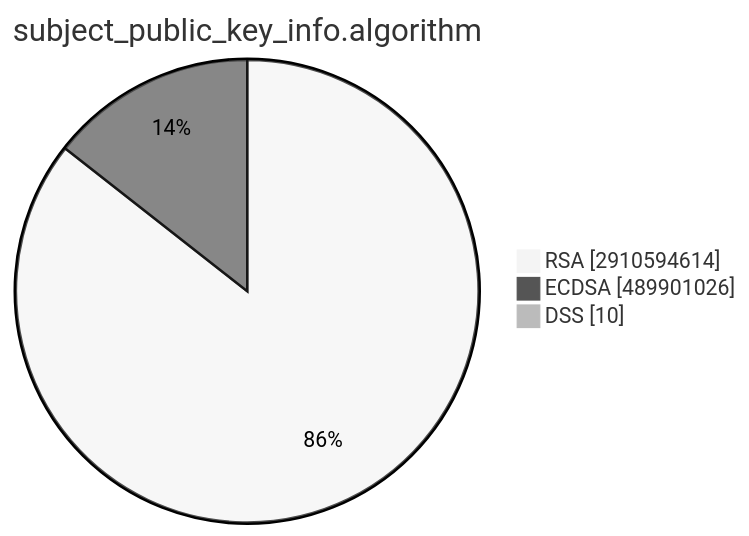
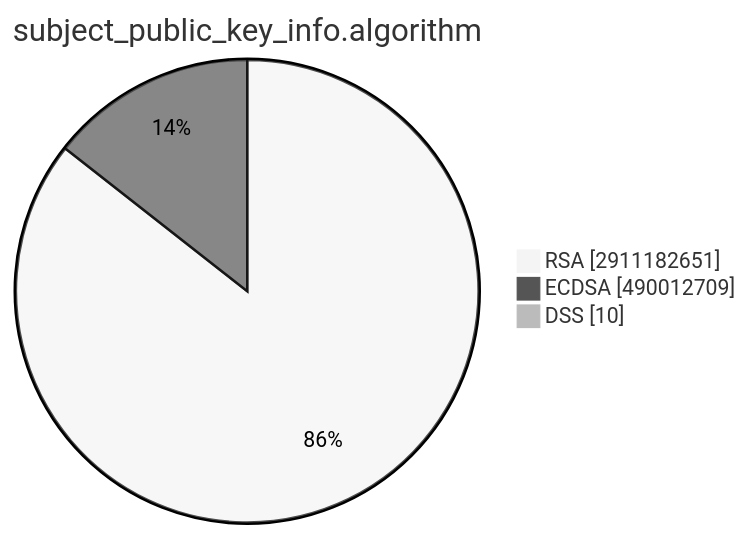
One commit to christiankrug/ctmonitor_visualization changed the second of 15 diagrams in TOTAL/README.md. Above: the diagram before and after it, drawn with Mermaid (neutral theme). The commit also changed other lines of this file, not shown here.

````diff
--- a/TOTAL/README.md
+++ b/TOTAL/README.md
@@ -6,7 +6,7 @@
 ```mermaid
 pie showData
 title subject_public_key_info.algorithm
-"RSA" :2910594614
-"ECDSA" :489901026
+"RSA" :2911182651
+"ECDSA" :490012709
 "DSS" :10
 ```
````
